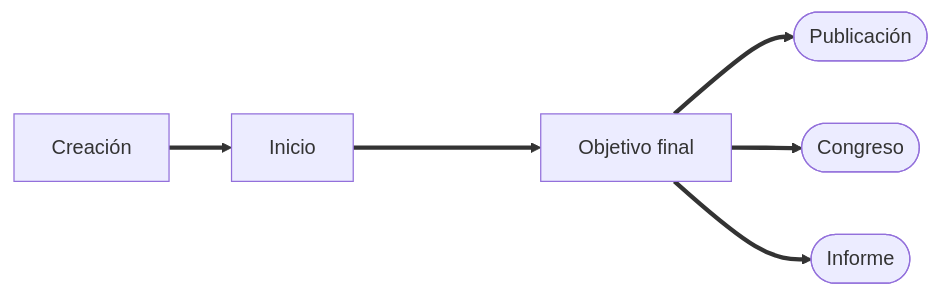
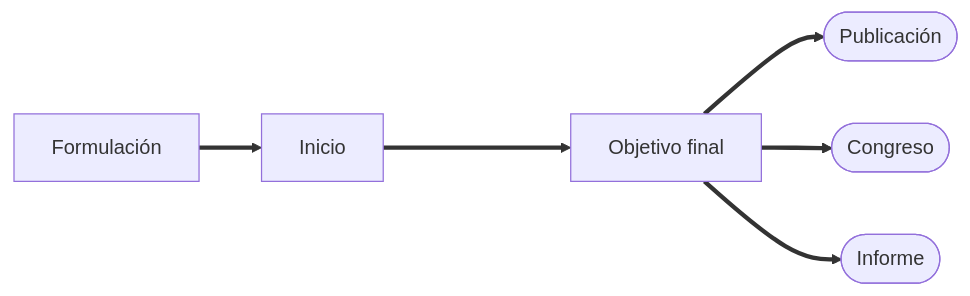
The first of 4 diagrams in slides6.qmd (vhgauto/seminario2-gulich), drawn with Mermaid before and after one commit. The commit also changed other lines of this file and 1 other file, not shown here.

Commit message:
video con autoplay, modificaciones menores, cambios en diagramas mermaid

````diff
--- a/slides6.qmd
+++ b/slides6.qmd
@@ -235,18 +236,18 @@
 ```{mermaid}
 
 %%{
   init: {
     'themeVariables': {
       'edgeLabelBackground': '#224289'
     }
   }
 }%%
 
 flowchart LR
-    a1[Creación] ==> a2[Inicio]
+    a1[Formulación] ==> a2[Inicio]
     a2 ====> |<span class="svg-spinners--clock"></span>| a3[Objetivo final]
 
     a3 ==> a4([Publicación])
     a3 ==> a5([Congreso])
     a3 ==> a6([Informe])
 ```
````
